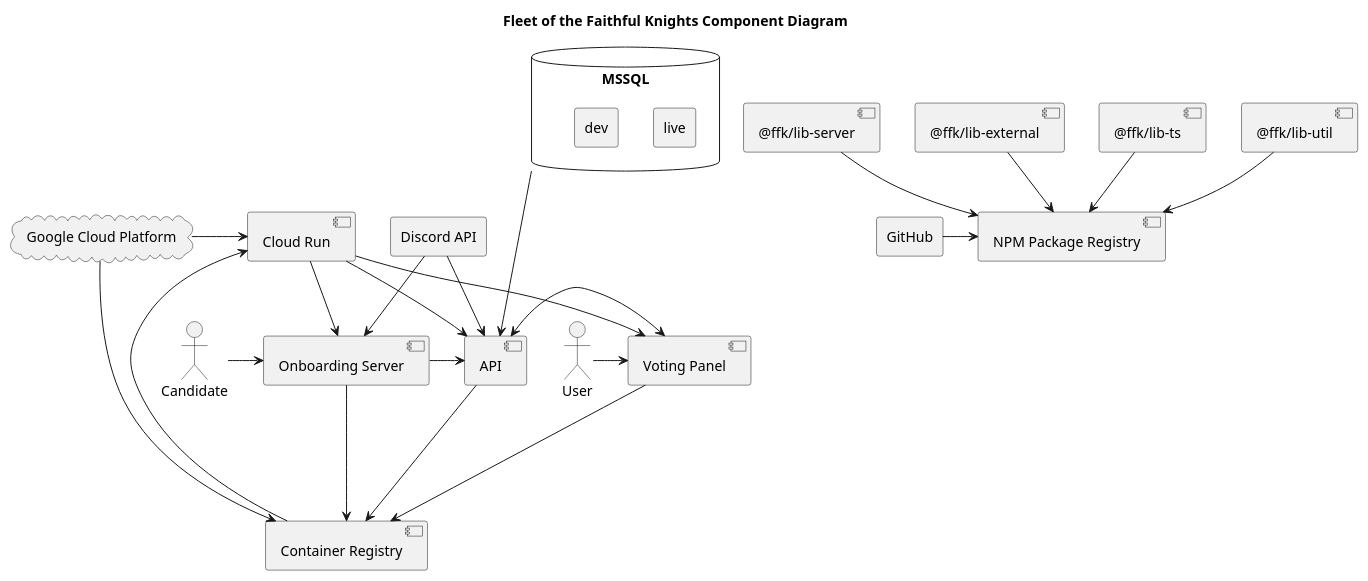
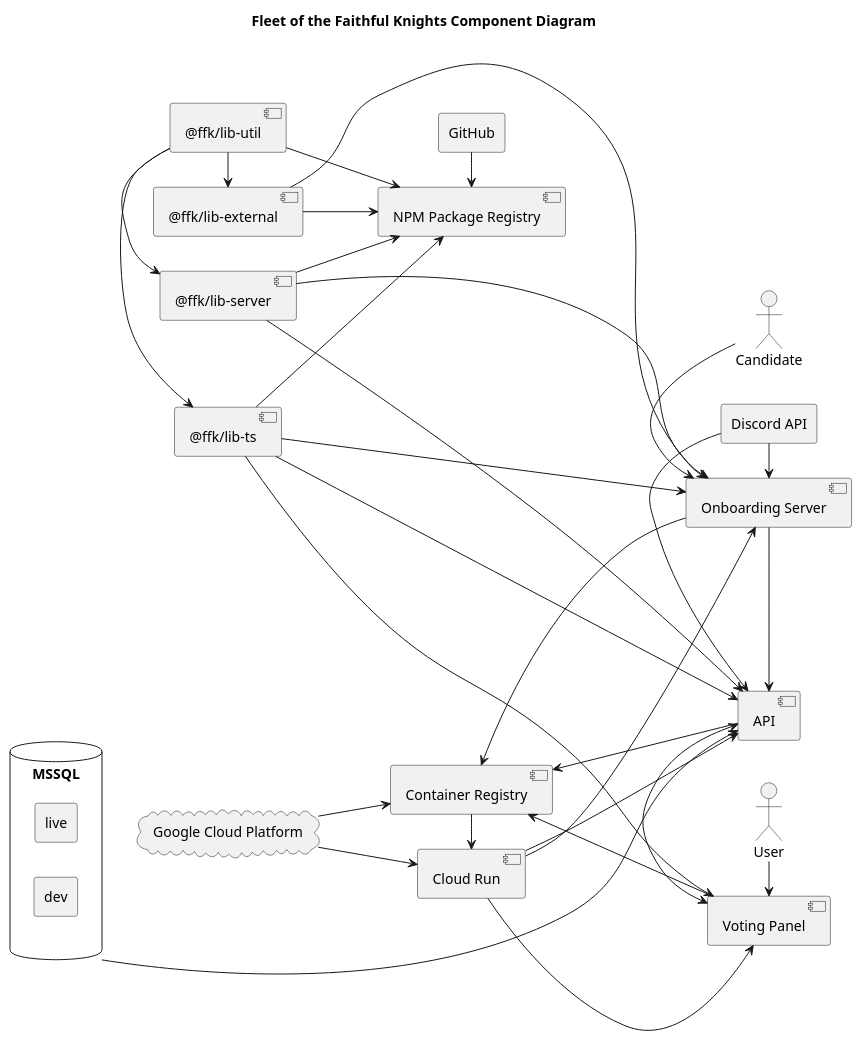
One commit to kashw2/Fleet-of-the-Faithful-Knights changed the diagram in diagrams/c4/component.puml. Above: the diagram before and after it, drawn with PlantUML.

Commit message:
updated component diagram

```diff
--- a/diagrams/c4/component.puml
+++ b/diagrams/c4/component.puml
@@ -1,59 +1,73 @@
 @startuml
+left to right direction
 
 title Fleet of the Faithful Knights Component Diagram
 
 actor User
 actor Candidate
 
 cloud "Google Cloud Platform" as GCP
 rectangle GitHub
 rectangle "Discord API" as Discord
 database MSSQL {
     rectangle live
     rectangle dev
 }
 
 component "Container Registry" as ContainerRegistry
 component "Cloud Run" as CloudRun
 component "NPM Package Registry" as NPMRegistry
 
 component "@ffk/lib-ts" as LibTs
 component "@ffk/lib-util" as LibUtil
 component "@ffk/lib-server" as LibServer
 component "@ffk/lib-external" as LibExternal
 
 component API
 component "Onboarding Server" as Onboarding
 component "Voting Panel" as Panel
 
-GCP ---> ContainerRegistry
-GCP -> CloudRun
+GCP --> ContainerRegistry
+GCP --> CloudRun
 ContainerRegistry -> CloudRun
 GitHub -> NPMRegistry
 
-CloudRun -> API
-CloudRun --> Onboarding
-CloudRun --> Panel
+CloudRun ---> API
+CloudRun ---> Onboarding
+CloudRun -> Panel
 
-MSSQL ---> API
+MSSQL -----> API
 
-Discord --> API
+Discord -> API
 Discord -> Onboarding
 
-Panel ---> ContainerRegistry
-Onboarding ---> ContainerRegistry
-API ---> ContainerRegistry
+Panel -> ContainerRegistry
+Onboarding -> ContainerRegistry
+API -> ContainerRegistry
 
 Onboarding -> API
 API <-> Panel
 
 LibTs --> NPMRegistry
 LibServer --> NPMRegistry
 LibExternal --> NPMRegistry
 LibUtil --> NPMRegistry
 
+LibUtil -> LibTs
+LibUtil -> LibServer
+LibUtil -> LibExternal
+
+LibTs ----> Onboarding
+LibTs ----> API
+LibTs ----> Panel
+
+LibServer ----> API
+LibServer ----> Onboarding
+
+LibExternal --> Onboarding
+
 User -> Panel
 Candidate -> Onboarding
 
 
 @enduml
```
